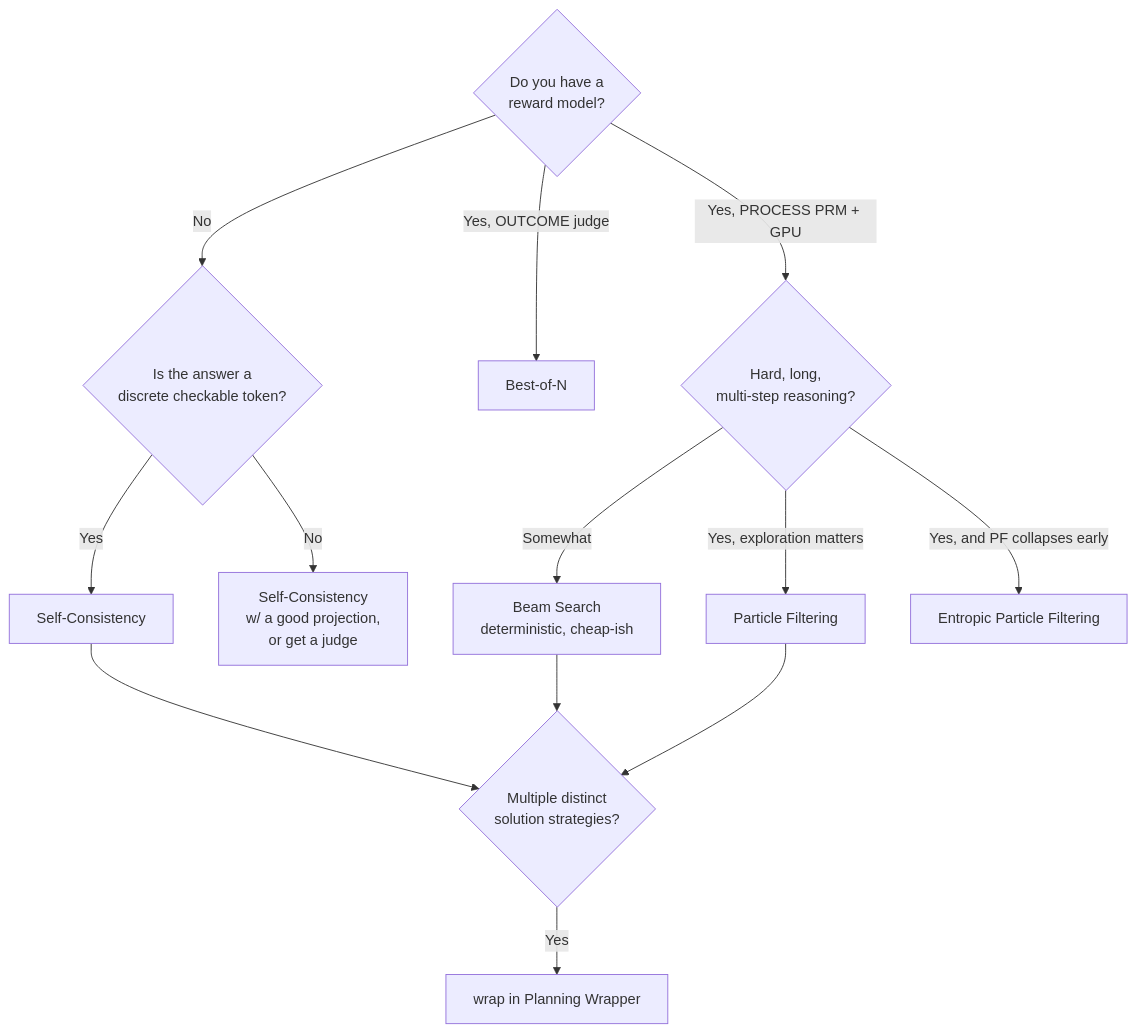
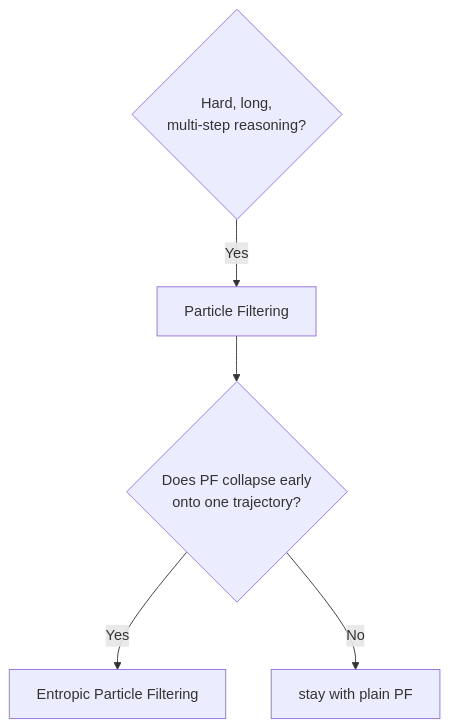
The second of 2 diagrams in documentation/11-putting-it-together.md (Red-Hat-AI-Innovation-Team/its_hub), drawn with Mermaid before and after one commit. The commit also changed other lines of this file and 121 other files, not shown here.

First line of the commit message:
Strip library to PF/EPF with self-certainty weights only

````diff
--- a/documentation/11-putting-it-together.md
+++ b/documentation/11-putting-it-together.md
@@ -57,15 +69,7 @@
 ```mermaid
 flowchart TD
-    A{Do you have a<br/>reward model?} -->|No| B{Is the answer a<br/>discrete checkable token?}
-    B -->|Yes| SC[Self-Consistency]
-    B -->|No| SCp[Self-Consistency<br/>w/ a good projection,<br/>or get a judge]
-    A -->|Yes, OUTCOME judge| C[Best-of-N]
-    A -->|Yes, PROCESS PRM + GPU| D{Hard, long,<br/>multi-step reasoning?}
-    D -->|Somewhat| BEAM[Beam Search<br/>deterministic, cheap-ish]
-    D -->|Yes, exploration matters| PF[Particle Filtering]
-    D -->|Yes, and PF collapses early| EPF[Entropic Particle Filtering]
-    SC --> PLAN{Multiple distinct<br/>solution strategies?}
-    BEAM --> PLAN
-    PF --> PLAN
-    PLAN -->|Yes| W[wrap in Planning Wrapper]
+    A{Hard, long,<br/>multi-step reasoning?} -->|Yes| PF[Particle Filtering]
+    PF --> D{Does PF collapse early<br/>onto one trajectory?}
+    D -->|Yes| EPF[Entropic Particle Filtering]
+    D -->|No| PF2[stay with plain PF]
 ```
````
